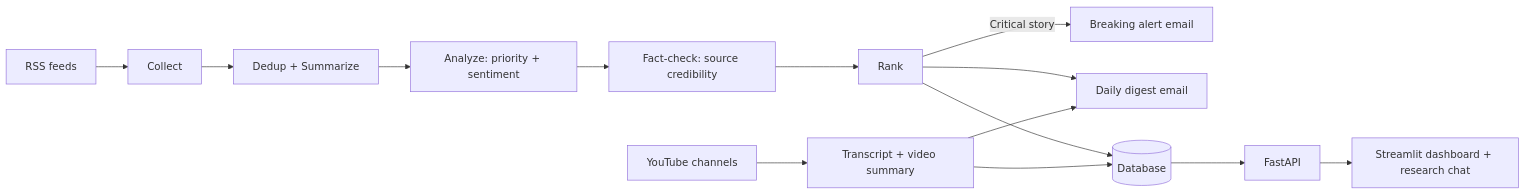
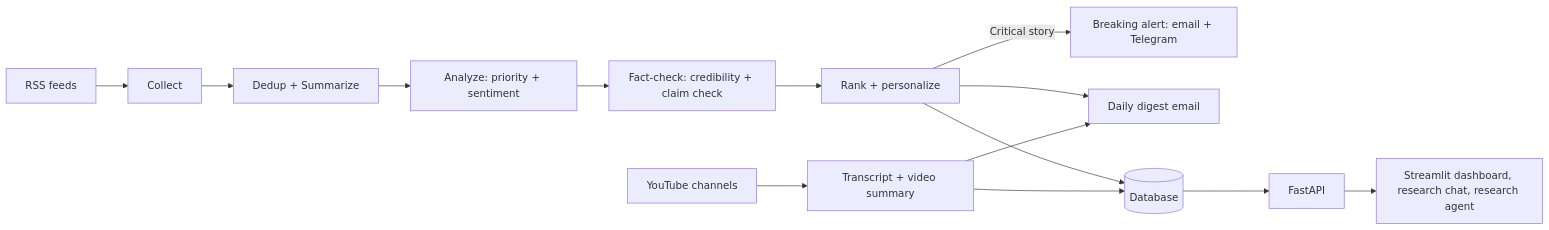
Before and after one commit to Zubair-eng-web/AI-Briefing-Agent2: the diagram in README.md, drawn with Mermaid. The commit also changed other lines of this file, not shown here.

````diff
--- a/README.md
+++ b/README.md
@@ -31,16 +34,16 @@
 ```mermaid
 flowchart LR
     A[RSS feeds] --> C[Collect]
     B[YouTube channels] --> V[Transcript + video summary]
     C --> D[Dedup + Summarize]
     D --> E[Analyze: priority + sentiment]
-    E --> F[Fact-check: source credibility]
-    F --> G[Rank]
-    G -->|Critical story| H[Breaking alert email]
+    E --> F[Fact-check: credibility + claim check]
+    F --> G[Rank + personalize]
+    G -->|Critical story| H[Breaking alert: email + Telegram]
     G --> I[Daily digest email]
     V --> I
     G --> J[(Database)]
     V --> J
     J --> K[FastAPI]
-    K --> L[Streamlit dashboard + research chat]
+    K --> L[Streamlit dashboard, research chat, research agent]
 ```
````
